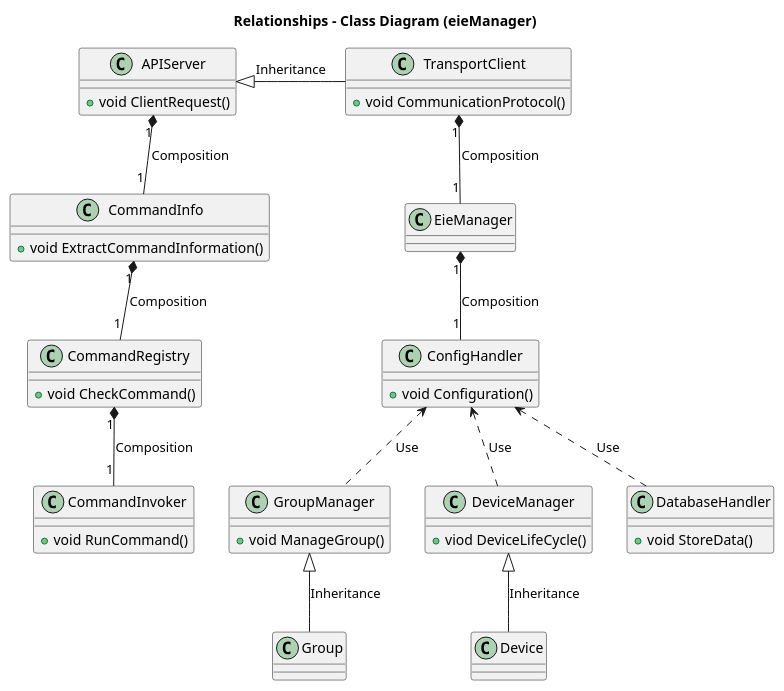
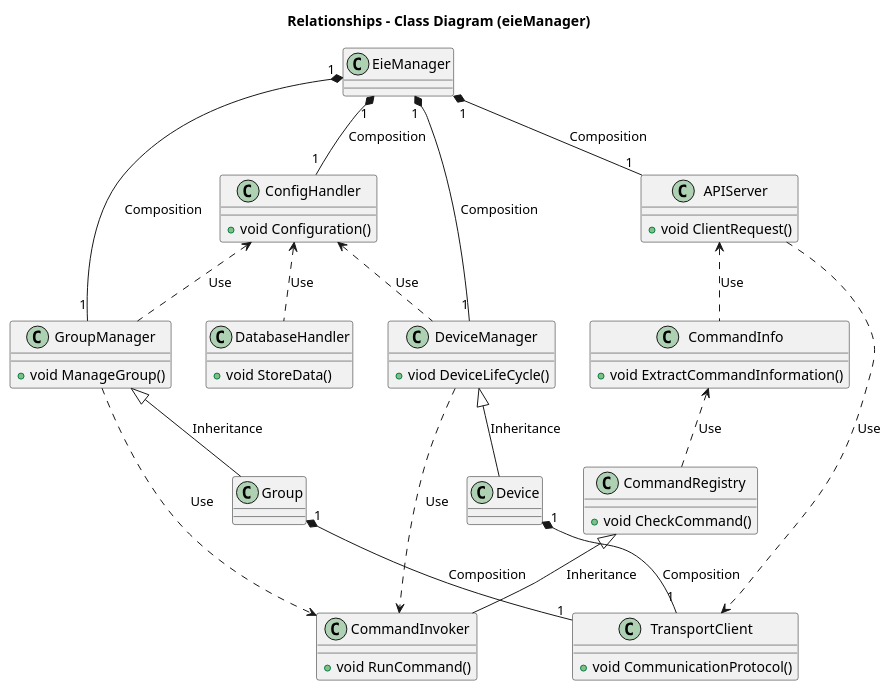
The first of 4 diagrams in docs/source/labs/lab1/lab1.rst (ezamoraa/ie0417-dev), drawn with PlantUML before and after one commit. The commit also changed other lines of this file, not shown here.

Commit message:
Correccion de Diagramas
Se corrigio los diagramas de secuencia

```diff
--- a/docs/source/labs/lab1/lab1.rst
+++ b/docs/source/labs/lab1/lab1.rst
@@ -24,53 +24,55 @@
 .. uml::
 
   	@startuml
+
 	title Relationships - Class Diagram (eieManager)
-
-
 	class EieManager 
-
-	class APIServer{
-	  +void ClientRequest()
+	class APIServer{ 
+	+void ClientRequest()
 	}
-	class CommandRegistry{
-	  +void CheckCommand()
+	class CommandRegistry{ 
+	+void CheckCommand()
 	}
 	class CommandInvoker{
-	  +void RunCommand()
+	 +void RunCommand()
 	}
 	class GroupManager{
-	  +void ManageGroup()
+	 +void ManageGroup()
 	}
 	class ConfigHandler{
-	  +void Configuration()
+	 +void Configuration()
 	}
-	class DeviceManager{
-	  +viod DeviceLifeCycle()
+	class DeviceManager{ 
+	+viod DeviceLifeCycle()
 	}
-	class TransportClient{
-	  +void CommunicationProtocol()
+	class TransportClient{ 
+	+void CommunicationProtocol()
 	}
 	class DatabaseHandler{
-	  +void StoreData()
+	 +void StoreData()
 	}
 	class Device
 	class Group
 	class CommandInfo{
-	  +void ExtractCommandInformation()
+	 +void ExtractCommandInformation()
 	}
 
 
-
-
 	EieManager "1" *-down- "1" ConfigHandler: Composition
-	ConfigHandler  <.down-  DeviceManager: Use
-	ConfigHandler  <.down-  GroupManager: Use
-	APIServer "1" *-down- "1" CommandInfo: Composition
-	CommandInfo "1" *-down- "1" CommandRegistry: Composition
-	APIServer <|-right- TransportClient: Inheritance
-	CommandRegistry "1" *-down- "1" CommandInvoker: Composition
+	EieManager "1" *-down- "1" GroupManager: Composition
+	EieManager "1" *-down- "1" DeviceManager: Composition
+	ConfigHandler <.down- DeviceManager: Use
+	ConfigHandler <.down- GroupManager: Use
+	APIServer <.down- CommandInfo: Use
+	CommandInfo <.down- CommandRegistry: Use
+	TransportClient <.up- APIServer: Use
+	CommandRegistry <|-down- CommandInvoker: Inheritance
 	ConfigHandler <.down- DatabaseHandler: Use
 	DeviceManager <|-down- Device: Inheritance
 	GroupManager <|-down- Group: Inheritance
-	TransportClient "1" *-down- "1" EieManager: Composition
+	EieManager "1" *-down- "1" APIServer: Composition
+	Group "1" *-down- "1" TransportClient: Composition
+	Device "1" *-down- "1" TransportClient: Composition
+	CommandInvoker <.up- DeviceManager: Use
+	CommandInvoker <.up- GroupManager: Use
 	@enduml
```
